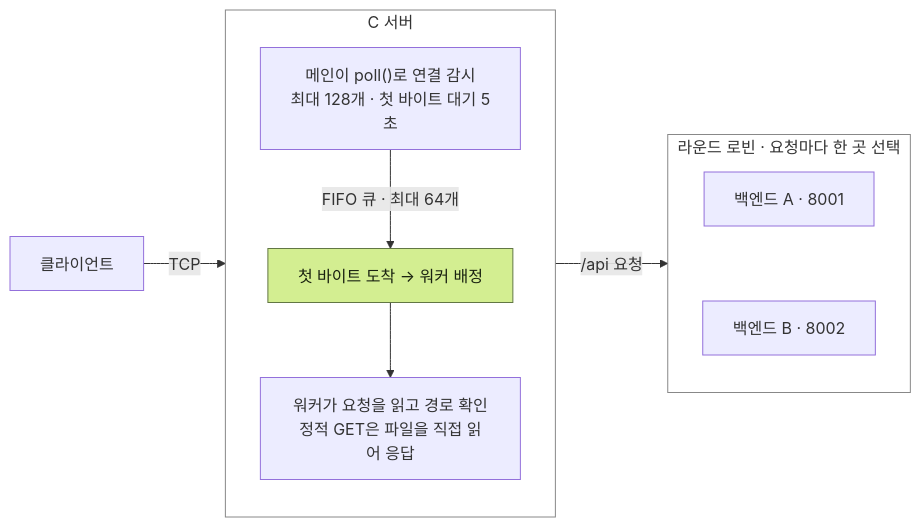
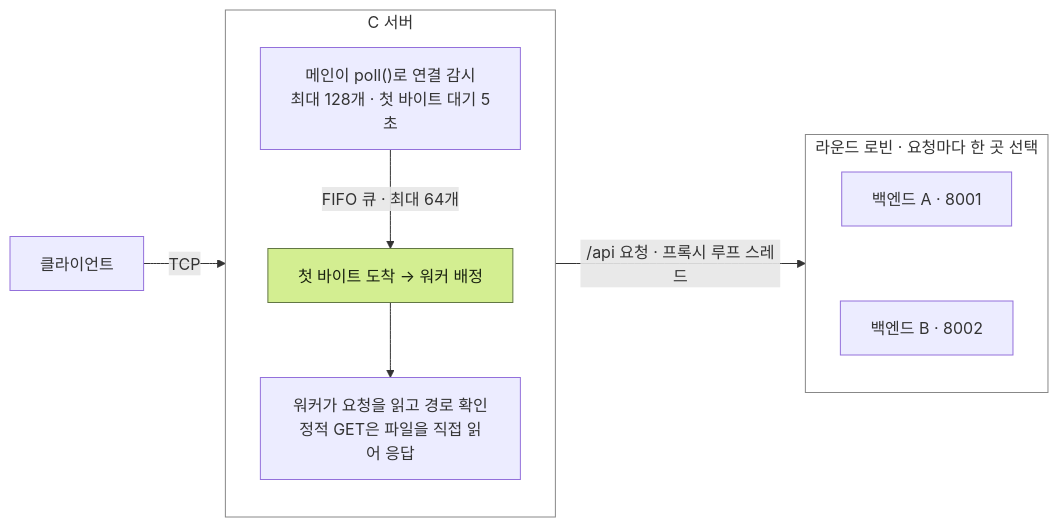
Before and after one commit to jungleheldeneye/week13: the diagram in webserver/README.md, drawn with Mermaid. The commit also changed other lines of this file, not shown here.

````diff
--- a/webserver/README.md
+++ b/webserver/README.md
@@ -9,27 +9,27 @@
 ```mermaid
 flowchart LR
     C["클라이언트"] -->|"TCP"| S
 
     subgraph S["C 서버"]
         direction TB
         M["메인이 poll()로 연결 감시<br/>최대 128개 · 첫 바이트 대기 5초"]
         W["첫 바이트 도착 → 워커 배정"]
         R["워커가 요청을 읽고 경로 확인<br/>정적 GET은 파일을 직접 읽어 응답"]
         M -->|"FIFO 큐 · 최대 64개"| W
         W --> R
     end
 
-    S -->|"/api 요청"| B
+    S -->|"/api 요청 · 프록시 루프 스레드"| B
 
     subgraph B["라운드 로빈 · 요청마다 한 곳 선택"]
         direction TB
         A["백엔드 A · 8001"]
         B2["백엔드 B · 8002"]
         A ~~~ B2
     end
 
     classDef focus fill:#d3ee91,stroke:#627744,color:#192110
     class W focus
     style S fill:transparent,stroke:#888
     style B fill:transparent,stroke:#888
 ```
````
